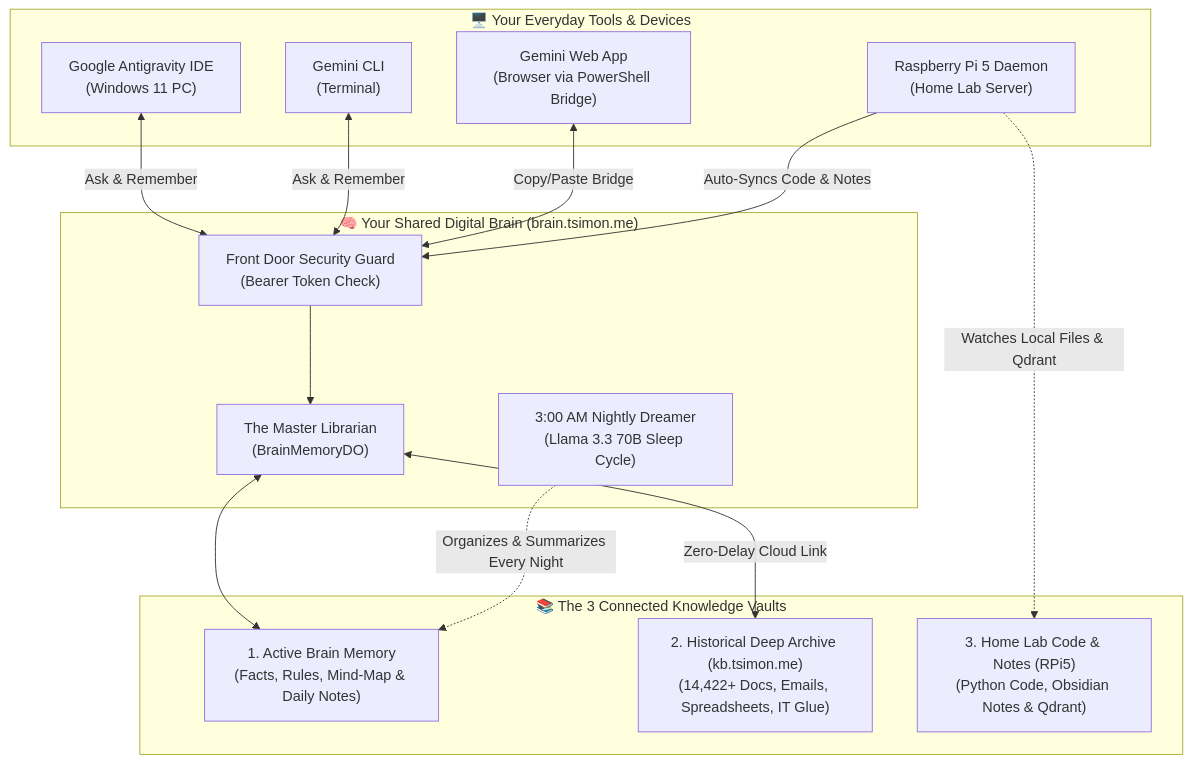
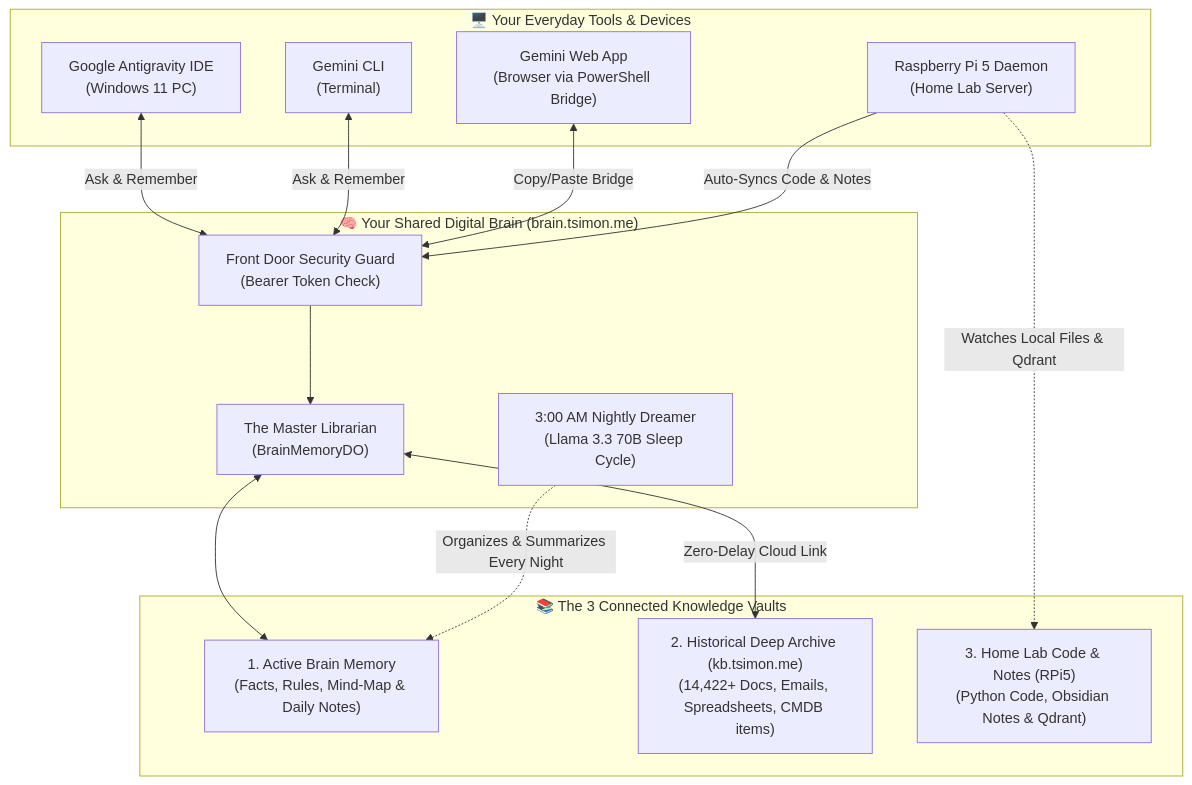
One commit to t0m-a/gemini-brain changed the first of 10 diagrams in README.md. Above: the diagram before and after it, drawn with Mermaid. The commit also changed other lines of this file, not shown here.

````diff
--- a/README.md
+++ b/README.md
@@ -86,32 +86,32 @@
 ```mermaid
 flowchart TD
     subgraph Clients["🖥️ Your Everyday Tools & Devices"]
         AG["Google Antigravity IDE<br/>(Windows 11 PC)"]
         CLI["Gemini CLI<br/>(Terminal)"]
         WEB["Gemini Web App<br/>(Browser via PowerShell Bridge)"]
         RPI["Raspberry Pi 5 Daemon<br/>(Home Lab Server)"]
     end
 
     subgraph Brain["🧠 Your Shared Digital Brain (brain.tsimon.me)"]
         GATE["Front Door Security Guard<br/>(Bearer Token Check)"]
         LIB["The Master Librarian<br/>(BrainMemoryDO)"]
         SLEEP["3:00 AM Nightly Dreamer<br/>(Llama 3.3 70B Sleep Cycle)"]
     end
 
     subgraph Storage["📚 The 3 Connected Knowledge Vaults"]
         V1["1. Active Brain Memory<br/>(Facts, Rules, Mind-Map & Daily Notes)"]
-        V2["2. Historical Deep Archive (kb.tsimon.me)<br/>(14,422+ Docs, Emails, Spreadsheets, IT Glue)"]
+        V2["2. Historical Deep Archive (kb.tsimon.me)<br/>(14,422+ Docs, Emails, Spreadsheets, CMDB items)"]
         V3["3. Home Lab Code & Notes (RPi5)<br/>(Python Code, Obsidian Notes & Qdrant)"]
     end
 
     AG <-->|"Ask & Remember"| GATE
     CLI <-->|"Ask & Remember"| GATE
     WEB <-->|"Copy/Paste Bridge"| GATE
     RPI -->|"Auto-Syncs Code & Notes"| GATE
 
     GATE --> LIB
     LIB <--> V1
     LIB <-->|"Zero-Delay Cloud Link"| V2
     RPI -.->|"Watches Local Files & Qdrant"| V3
     SLEEP -.->|"Organizes & Summarizes Every Night"| V1
 ```
````
